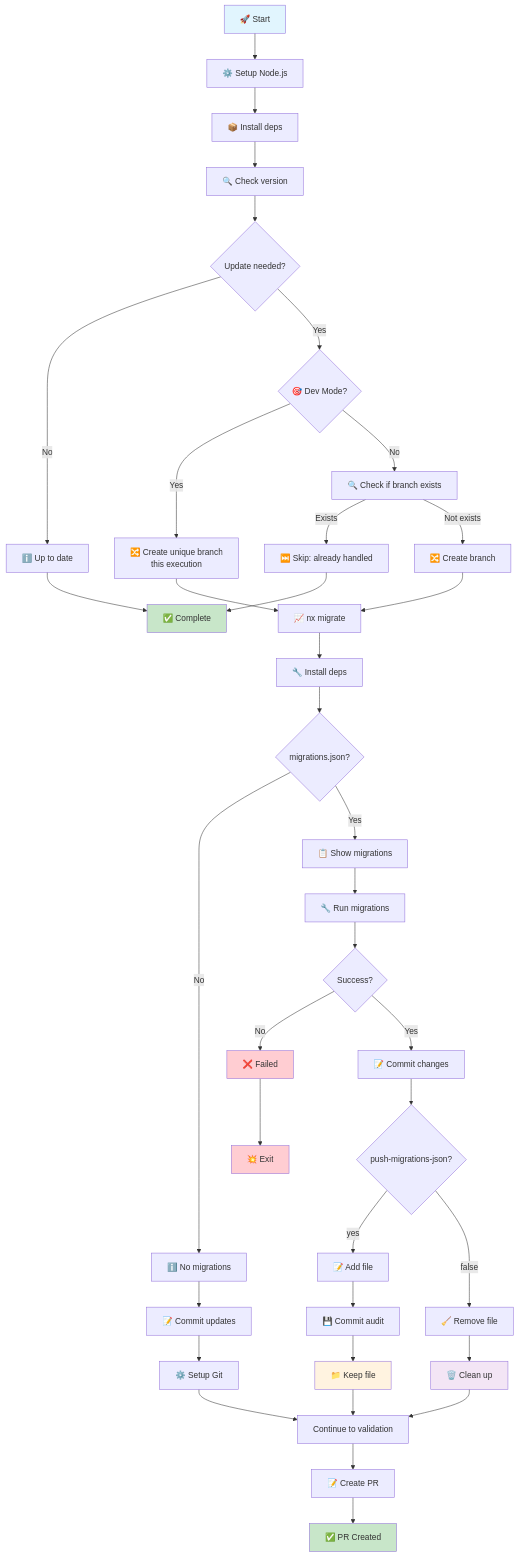
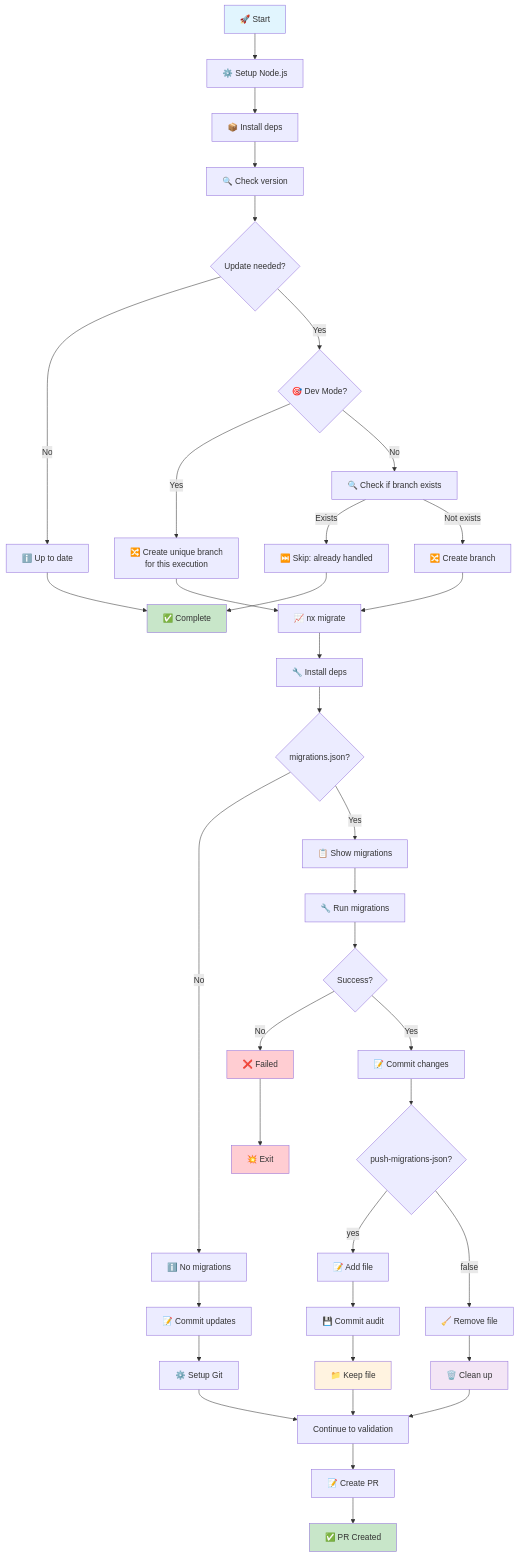
The diagram in docs/migration-flow.md (gridatek/nx-migrate-action), drawn with Mermaid before and after one commit. The commit also changed 1 other file, not shown here.

````diff
--- a/docs/migration-flow.md
+++ b/docs/migration-flow.md
@@ -7,56 +7,56 @@
 ```mermaid
 flowchart TD
     A[🚀 Start] --> B[⚙️ Setup Node.js]
     B --> C[📦 Install deps]
     C --> D[🔍 Check version]
     D --> E{Update needed?}
 
     E -->|No| F[ℹ️ Up to date]
     F --> G[✅ Complete]
 
     E -->|Yes| H1{🎯 Dev Mode?}
-    H1 -->|Yes| H2[🔀 Create unique branch<br/>this execution]
+    H1 -->|Yes| H2[🔀 Create unique branch<br/>for this execution]
     H1 -->|No| H3[🔍 Check if branch exists]
     H3 -->|Exists| H4[⏭️ Skip: already handled]
     H4 --> G
     H3 -->|Not exists| H5[🔀 Create branch]
     H2 --> H[📈 nx migrate]
     H5 --> H
     H --> I[🔧 Install deps]
     I --> J{migrations.json?}
 
     J -->|No| K[ℹ️ No migrations]
     K --> L[📝 Commit updates]
     L --> M[⚙️ Setup Git]
     M --> N[Continue to validation]
 
     J -->|Yes| O[📋 Show migrations]
     O --> P[🔧 Run migrations]
     P --> Q{Success?}
 
     Q -->|No| R[❌ Failed]
     R --> S[💥 Exit]
 
     Q -->|Yes| T[📝 Commit changes]
     T --> U{push-migrations-json?}
 
     U -->|yes| V[📝 Add file]
     V --> W[💾 Commit audit]
     W --> X[📁 Keep file]
     X --> N
 
     U -->|false| Y[🧹 Remove file]
     Y --> Z[🗑️ Clean up]
     Z --> N
 
     N --> AF[📝 Create PR]
     AF --> AH[✅ PR Created]
 
     style A fill:#e1f5fe
     style G fill:#c8e6c9
     style AH fill:#c8e6c9
     style S fill:#ffcdd2
     style R fill:#ffcdd2
     style X fill:#fff3e0
     style Z fill:#f3e5f5
 ```
````
